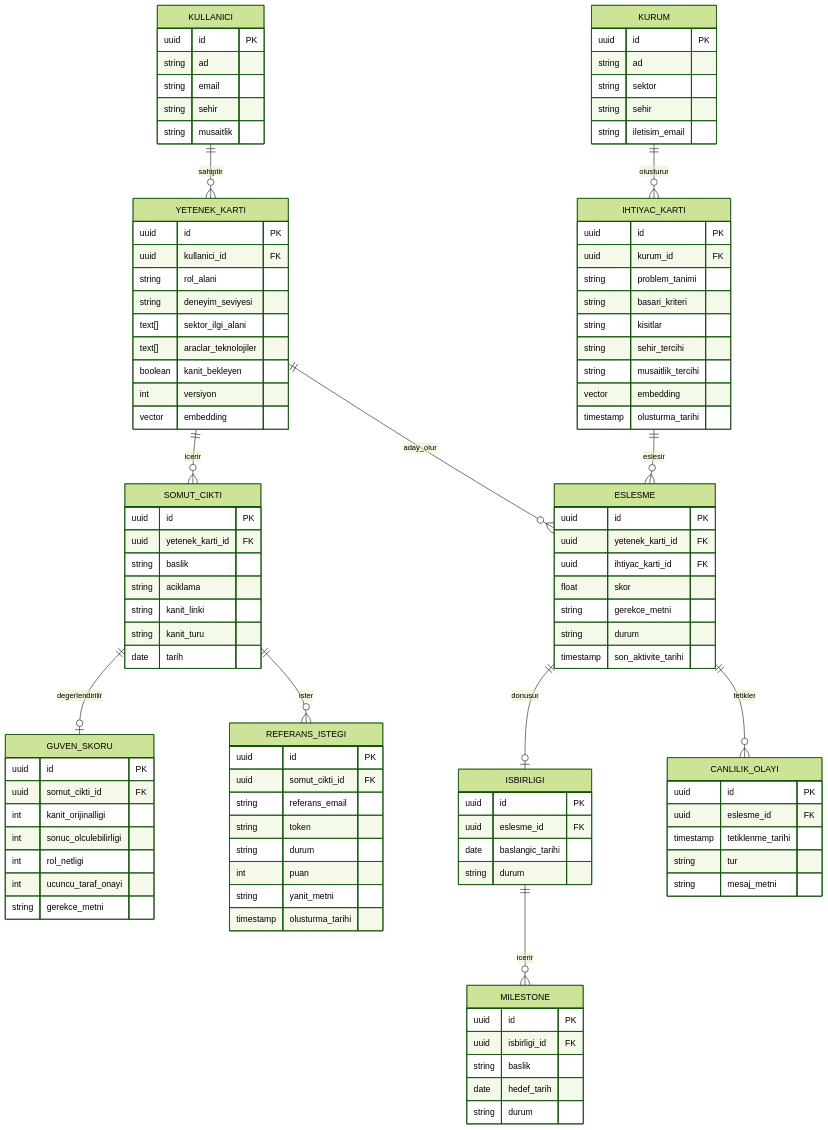
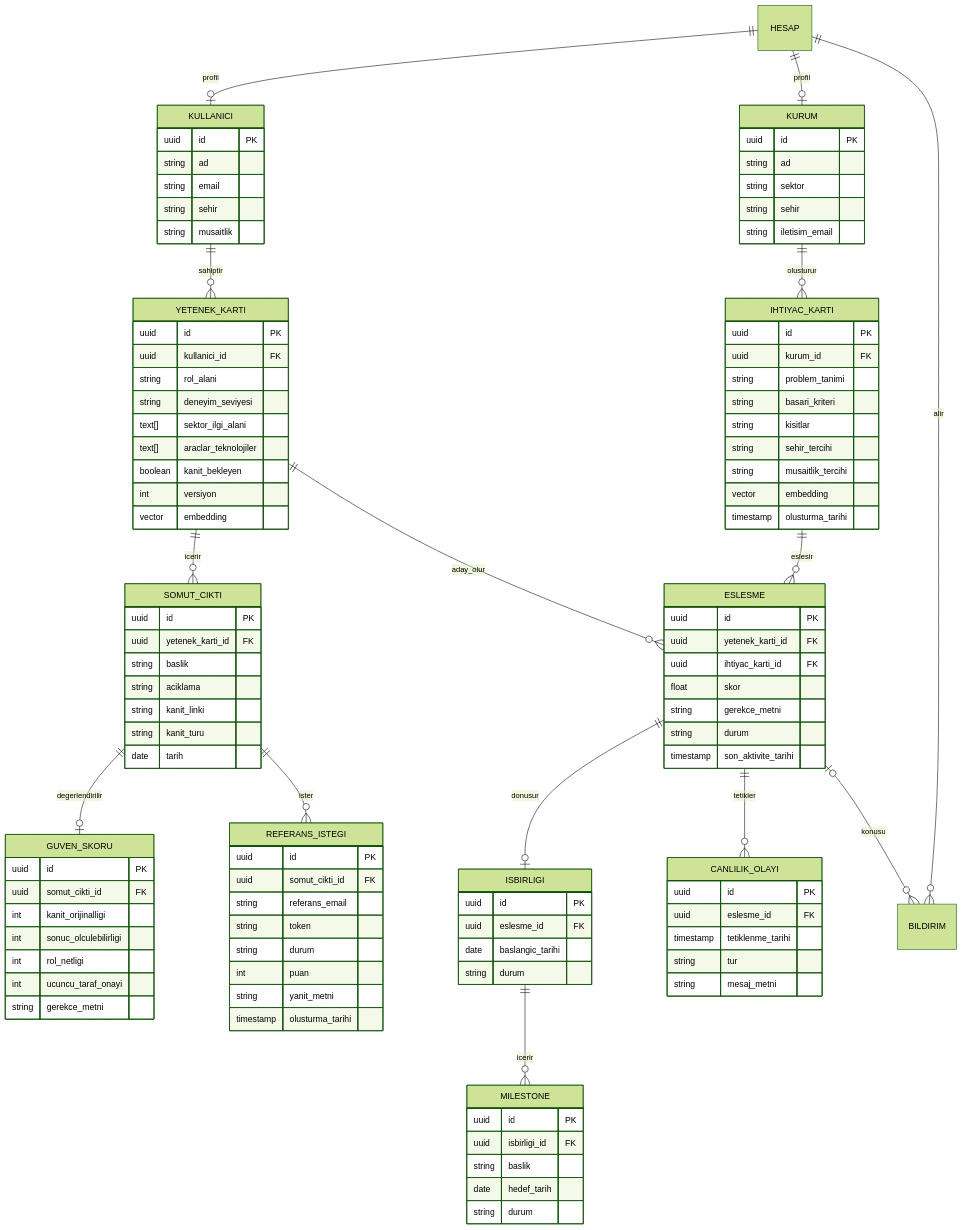
Before and after one commit to zuhrekorhn/Zemin360-Hackathon: the diagram in docs/data-schema.md, drawn with Mermaid (forest theme). The commit also changed other lines of this file and 12 other files, not shown here.

```diff
--- a/docs/data-schema.md
+++ b/docs/data-schema.md
@@ -14,6 +14,10 @@
   ESLESME ||--o| ISBIRLIGI : donusur
   ISBIRLIGI ||--o{ MILESTONE : icerir
   ESLESME ||--o{ CANLILIK_OLAYI : tetikler
+  HESAP ||--o| KULLANICI : profil
+  HESAP ||--o| KURUM : profil
+  HESAP ||--o{ BILDIRIM : alir
+  ESLESME |o--o{ BILDIRIM : konusu
 
   KULLANICI {
     uuid id PK
```
